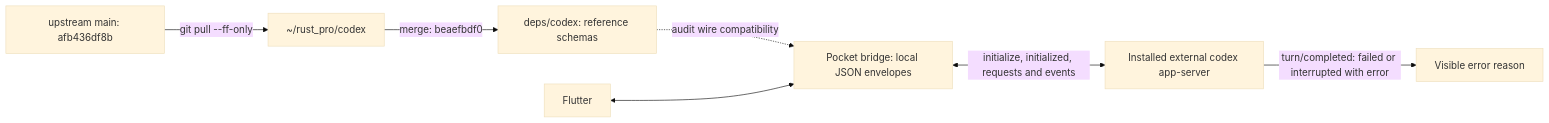
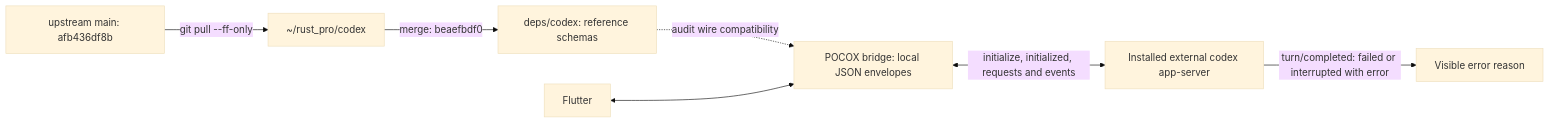
One commit to acking-you/POCOX changed the first of 2 diagrams in docs/app-server-protocol-sync.md. Above: the diagram before and after it, drawn with Mermaid (base theme). The commit also changed other lines of this file and 1108 other files, not shown here.

````diff
--- a/docs/app-server-protocol-sync.md
+++ b/docs/app-server-protocol-sync.md
@@ -18,9 +18,9 @@
 ```mermaid
 flowchart LR
     U["upstream main: afb436df8b"] -->|"git pull --ff-only"| L["~/rust_pro/codex"]
     L -->|"merge: beaefbdf0"| S
-    S["deps/codex: reference schemas"] -. "audit wire compatibility" .-> B["Pocket bridge: local JSON envelopes"]
+    S["deps/codex: reference schemas"] -. "audit wire compatibility" .-> B["POCOX bridge: local JSON envelopes"]
     F[Flutter] <--> B
     B <-->|"initialize, initialized, requests and events"| C["Installed external codex app-server"]
     C -->|"turn/completed: failed or interrupted with error"| E["Visible error reason"]
 ```
````
